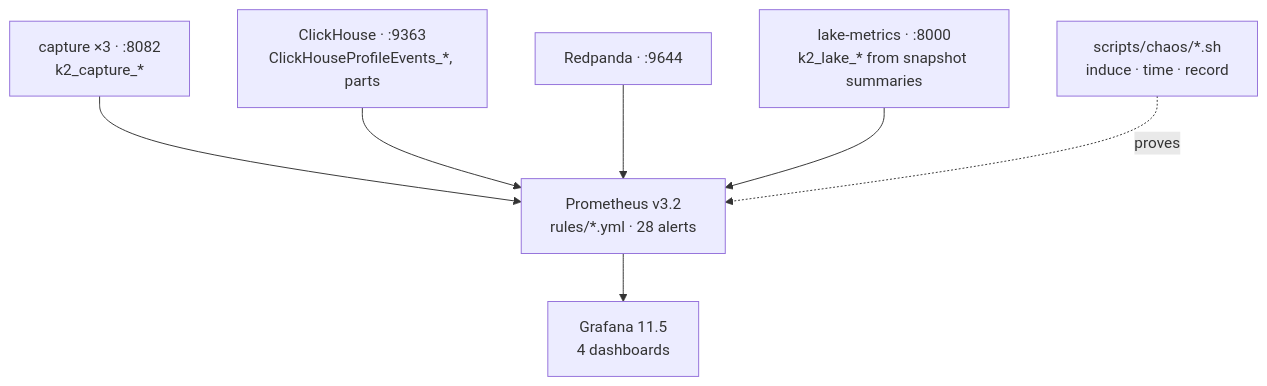
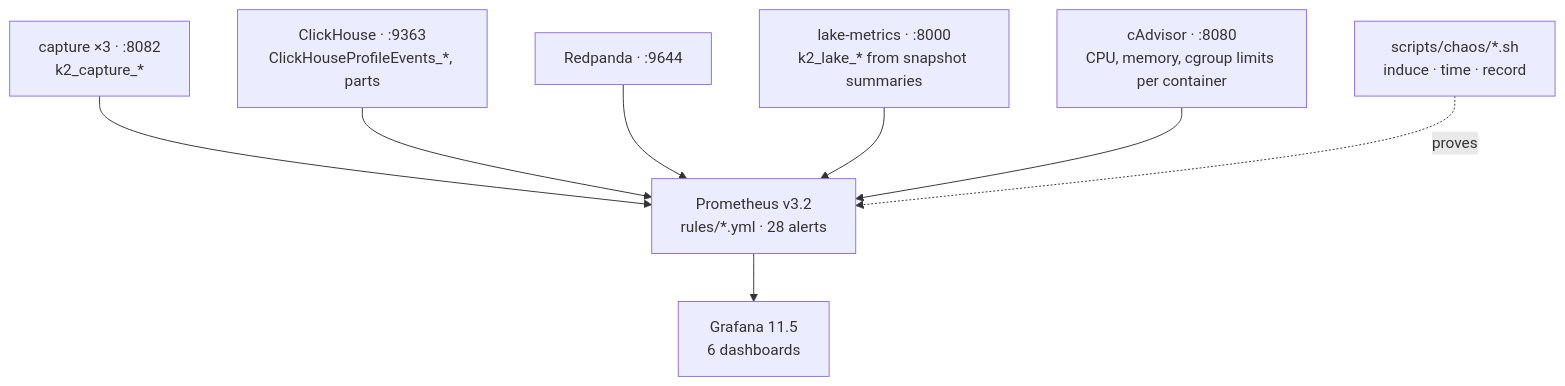
The diagram in docs/architecture/11-observability.md (rjdscott/k2-market-data-platform), drawn with Mermaid before and after one commit. The commit also changed other lines of this file and 6 other files, not shown here.

````diff
--- a/docs/architecture/11-observability.md
+++ b/docs/architecture/11-observability.md
@@ -54,12 +54,13 @@
 ```mermaid
 flowchart TB
   C["capture ×3 · :8082<br/>k2_capture_*"]
   H["ClickHouse · :9363<br/>ClickHouseProfileEvents_*, parts"]
   R["Redpanda · :9644"]
   L["lake-metrics · :8000<br/>k2_lake_* from snapshot summaries"]
+  A["cAdvisor · :8080<br/>CPU, memory, cgroup limits per container"]
   P["Prometheus v3.2<br/>rules/*.yml · 28 alerts"]
-  G["Grafana 11.5<br/>4 dashboards"]
+  G["Grafana 11.5<br/>6 dashboards"]
   X["scripts/chaos/*.sh<br/>induce · time · record"]
-  C & H & R & L --> P --> G
+  C & H & R & L & A --> P --> G
   X -.->|"proves"| P
 ```
````
